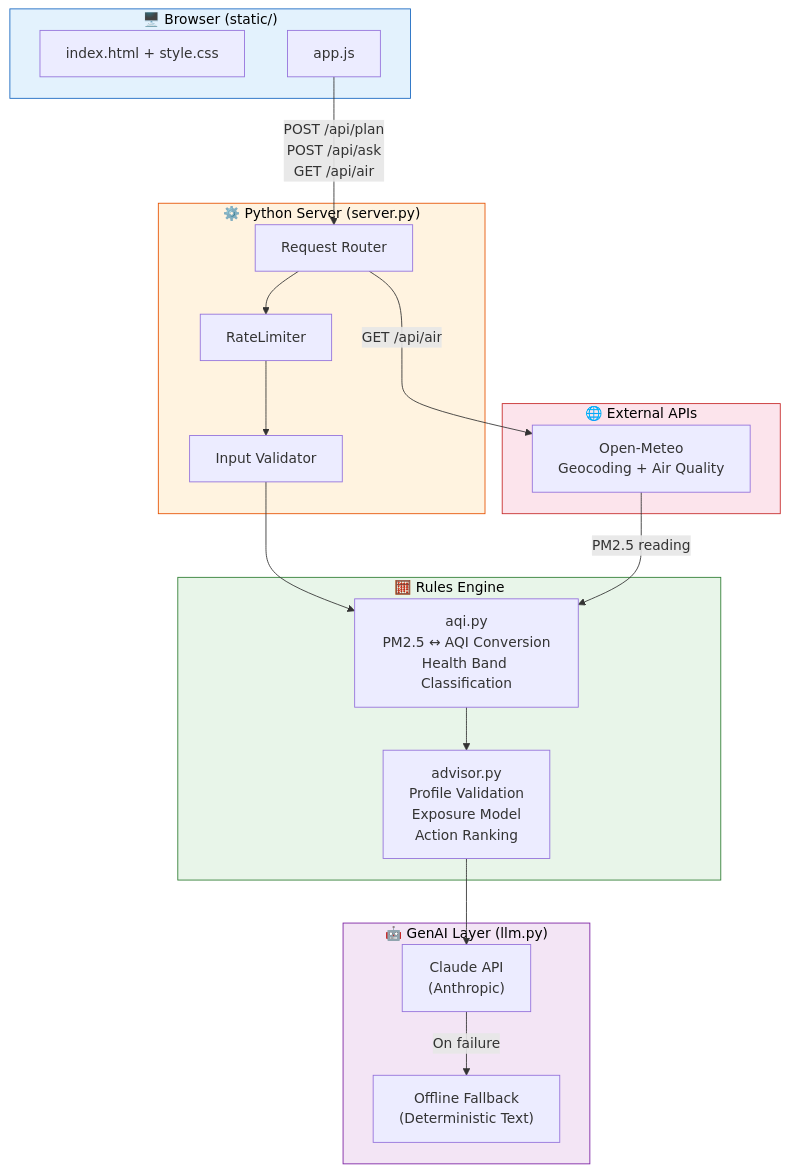
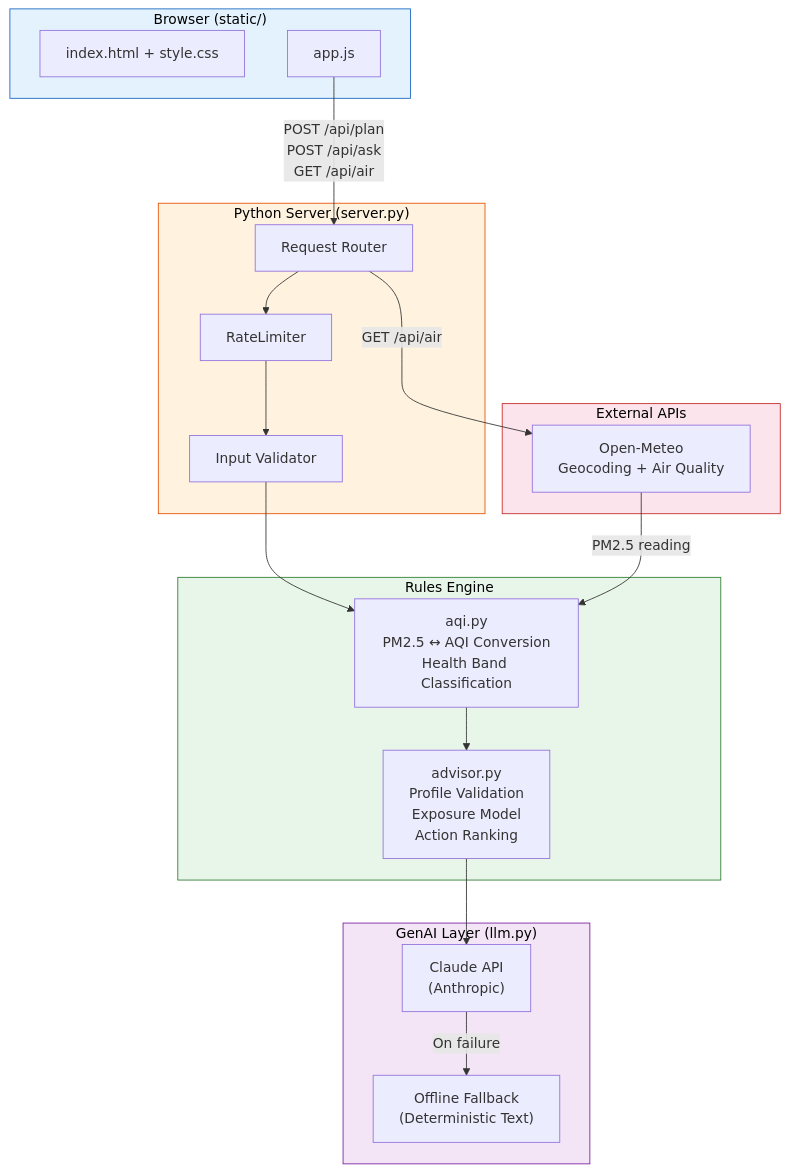
The first of 11 diagrams in README.md (kanojiaatharva/urban-air-assistant), drawn with Mermaid before and after one commit. The commit also changed other lines of this file and 2 other files, not shown here.

````diff
--- a/README.md
+++ b/README.md
@@ -51,43 +51,43 @@
 ```mermaid
 flowchart TD
-    subgraph Client["🖥️ Browser (static/)"]
+    subgraph Client[" Browser (static/)"]
         UI["index.html + style.css"]
         JS["app.js"]
     end
 
-    subgraph Server["⚙️ Python Server (server.py)"]
+    subgraph Server[" Python Server (server.py)"]
         RL["RateLimiter"]
         Router["Request Router"]
         Val["Input Validator"]
     end
 
-    subgraph Engine["🧮 Rules Engine"]
+    subgraph Engine[" Rules Engine"]
         AQI["aqi.py\nPM2.5 ↔ AQI Conversion\nHealth Band Classification"]
         ADV["advisor.py\nProfile Validation\nExposure Model\nAction Ranking"]
     end
 
-    subgraph AI["🤖 GenAI Layer (llm.py)"]
+    subgraph AI[" GenAI Layer (llm.py)"]
         Claude["Claude API\n(Anthropic)"]
         Offline["Offline Fallback\n(Deterministic Text)"]
     end
 
-    subgraph External["🌐 External APIs"]
+    subgraph External[" External APIs"]
         OM["Open-Meteo\nGeocoding + Air Quality"]
     end
 
     JS -->|"POST /api/plan\nPOST /api/ask\nGET /api/air"| Router
     Router --> RL
     RL --> Val
     Val --> AQI
     AQI --> ADV
     ADV --> Claude
     Claude -->|"On failure"| Offline
     Router -->|"GET /api/air"| OM
     OM -->|"PM2.5 reading"| AQI
 
     style Client fill:#e3f2fd,stroke:#1565c0,color:#000
     style Server fill:#fff3e0,stroke:#e65100,color:#000
     style Engine fill:#e8f5e9,stroke:#2e7d32,color:#000
     style AI fill:#f3e5f5,stroke:#7b1fa2,color:#000
     style External fill:#fce4ec,stroke:#c62828,color:#000
 ```
````
